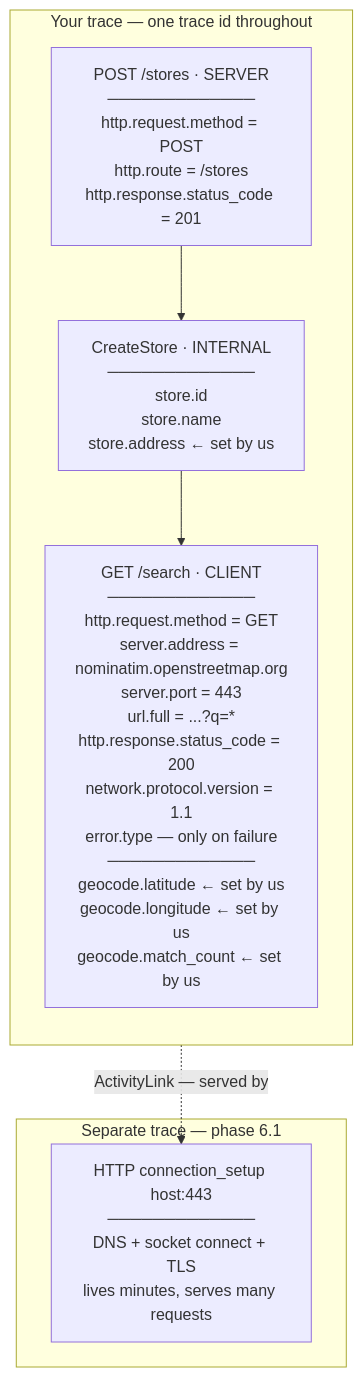
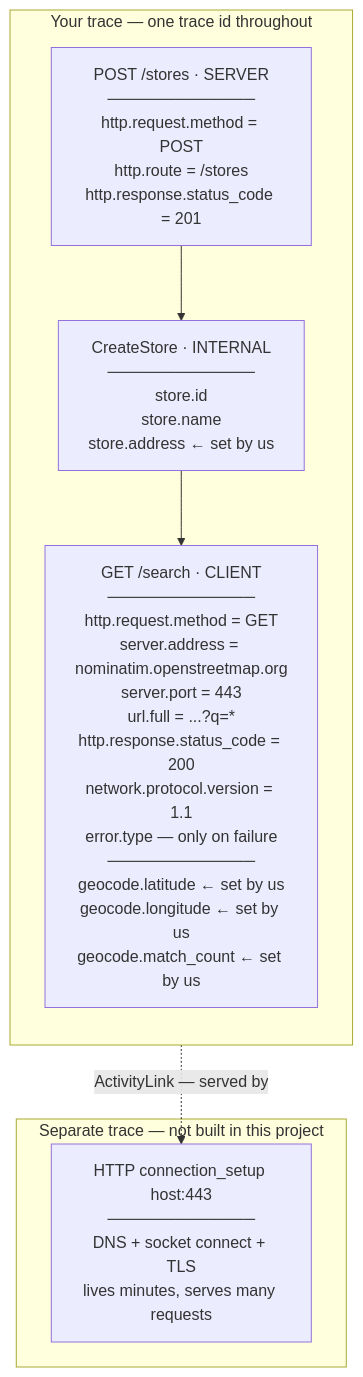
Before and after one commit to irfaniskandar-23/opentelemetry: the second of 3 diagrams in docs/phase-6-network-hop.md, drawn with Mermaid. The commit also changed other lines of this file and 2 other files, not shown here.

First line of the commit message:
docs: restructure CLAUDE.md and drop phase 6.1

````diff
--- a/docs/phase-6-network-hop.md
+++ b/docs/phase-6-network-hop.md
@@ -74,19 +74,19 @@
 ```mermaid
 flowchart TD
     subgraph T1["Your trace — one trace id throughout"]
         direction TB
         A["POST /stores · SERVER<br/>─────────────<br/>http.request.method = POST<br/>http.route = /stores<br/>http.response.status_code = 201"]
 
         B["CreateStore · INTERNAL<br/>─────────────<br/>store.id<br/>store.name<br/>store.address ← set by us"]
 
         C["GET /search · CLIENT<br/>─────────────<br/>http.request.method = GET<br/>server.address = nominatim.openstreetmap.org<br/>server.port = 443<br/>url.full = ...?q=*<br/>http.response.status_code = 200<br/>network.protocol.version = 1.1<br/>error.type — only on failure<br/>─────────────<br/>geocode.latitude ← set by us<br/>geocode.longitude ← set by us<br/>geocode.match_count ← set by us"]
 
         A --> B --> C
     end
 
-    subgraph T2["Separate trace — phase 6.1"]
+    subgraph T2["Separate trace — not built in this project"]
         D["HTTP connection_setup host:443<br/>─────────────<br/>DNS + socket connect + TLS<br/>lives minutes, serves many requests"]
     end
 
     C -. "ActivityLink — served by" .-> D
 ```
````
